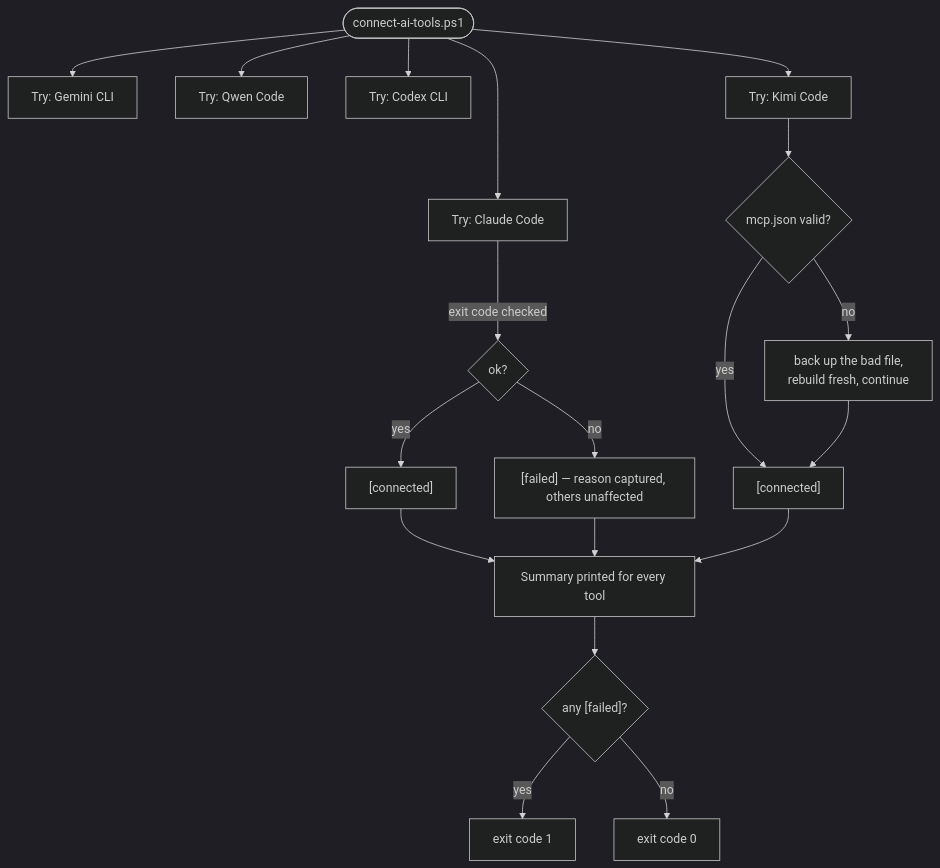
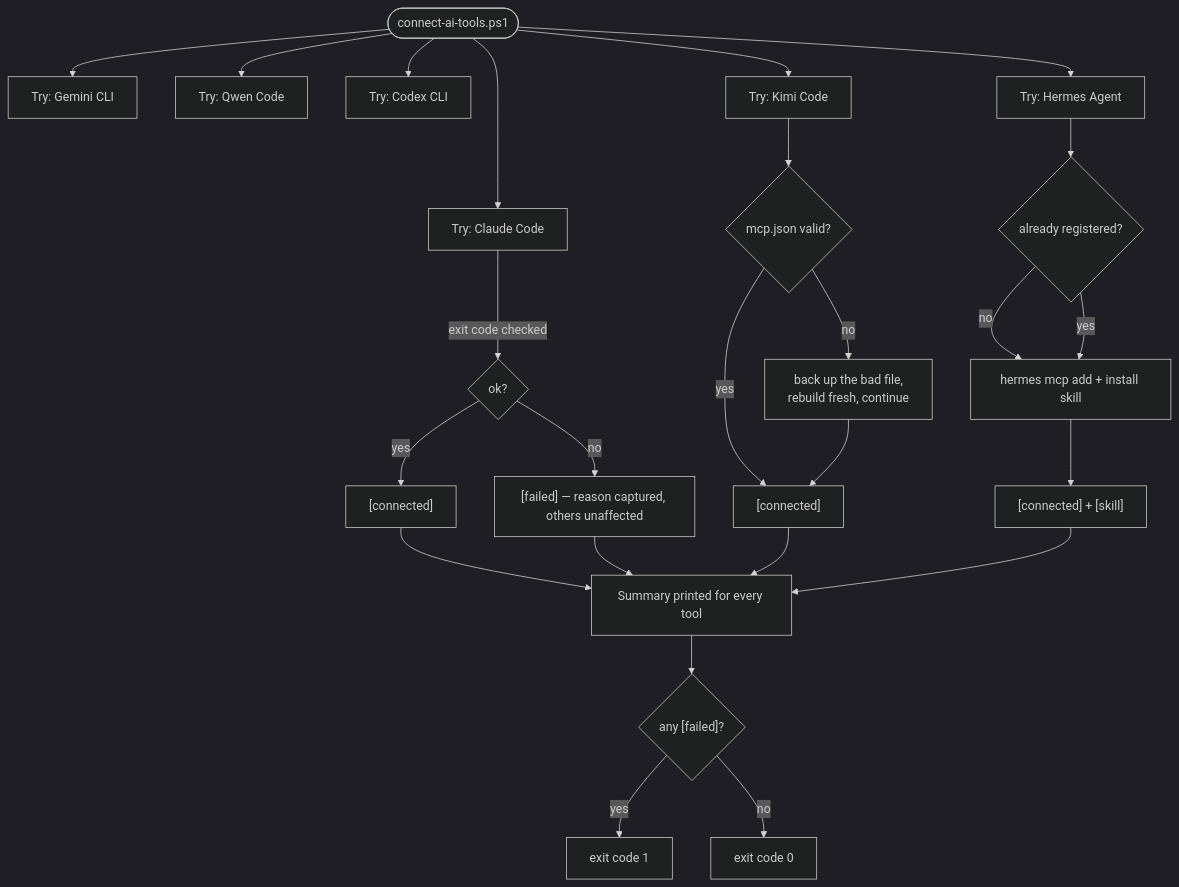
Before and after one commit to vib28/ai-memory-hub: the sixth of 6 diagrams in README.md, drawn with Mermaid (dark theme). The commit also changed other lines of this file and 5 other files, not shown here.

First line of the commit message:
Add Hermes Agent integration: MCP server + skill, fix already-registered detection, add hermes writer

````diff
--- a/README.md
+++ b/README.md
@@ -483,24 +521,31 @@
 ```mermaid
 flowchart TD
     Start(["connect-ai-tools.ps1"]) --> Claude["Try: Claude Code"]
     Start --> Gemini["Try: Gemini CLI"]
     Start --> Qwen["Try: Qwen Code"]
     Start --> Codex["Try: Codex CLI"]
     Start --> Kimi["Try: Kimi Code"]
+    Start --> Hermes["Try: Hermes Agent"]
 
     Claude -->|"exit code checked"| R1{"ok?"}
     R1 -- yes --> C1["[connected]"]
     R1 -- no --> F1["[failed] — reason captured, others unaffected"]
 
     Kimi --> K1{"mcp.json valid?"}
     K1 -- yes --> C2["[connected]"]
     K1 -- no --> K2["back up the bad file,<br/>rebuild fresh, continue"]
     K2 --> C2
 
+    Hermes --> H1{"already registered?"}
+    H1 -- no --> H2["hermes mcp add + install skill"]
+    H1 -- yes --> H2
+    H2 --> C3["[connected] + [skill]"]
+
     C1 --> Summary["Summary printed for every tool"]
     F1 --> Summary
     C2 --> Summary
+    C3 --> Summary
     Summary --> Exit{"any [failed]?"}
     Exit -- yes --> E1["exit code 1"]
     Exit -- no --> E0["exit code 0"]
 ```
````
